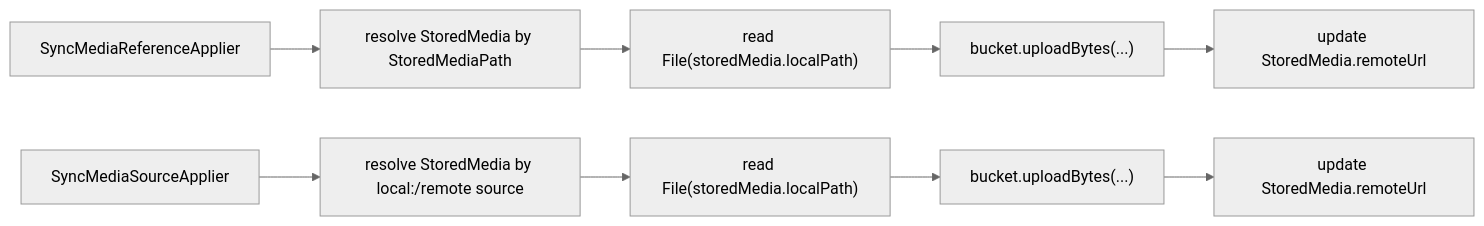
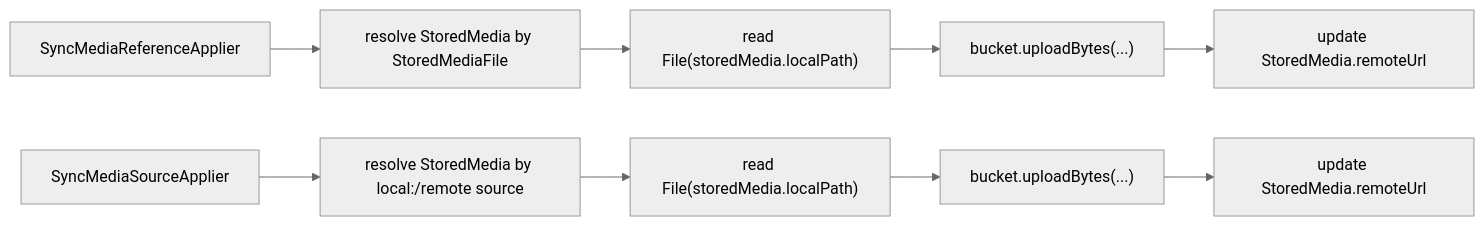
One commit to GuyWithBag/boo_mondai changed the third of 18 diagrams in documentation/refactor/stored_media_sync_refactor_graphs.md. Above: the diagram before and after it, drawn with Mermaid (neutral theme). The commit also changed other lines of this file and 11 other files, not shown here.

````diff
--- a/documentation/refactor/stored_media_sync_refactor_graphs.md
+++ b/documentation/refactor/stored_media_sync_refactor_graphs.md
@@ -90,19 +90,19 @@
 ```mermaid
 flowchart LR
     RefApplier["SyncMediaReferenceApplier"]
     SourceApplier["SyncMediaSourceApplier"]
 
-    RefResolve["resolve StoredMedia by StoredMediaPath"]
+    RefResolve["resolve StoredMedia by StoredMediaFile"]
     SourceResolve["resolve StoredMedia by local:/remote source"]
 
     ReadFile1["read File(storedMedia.localPath)"]
     Upload1["bucket.uploadBytes(...)"]
     Update1["update StoredMedia.remoteUrl"]
 
     ReadFile2["read File(storedMedia.localPath)"]
     Upload2["bucket.uploadBytes(...)"]
     Update2["update StoredMedia.remoteUrl"]
 
     RefApplier --> RefResolve --> ReadFile1 --> Upload1 --> Update1
     SourceApplier --> SourceResolve --> ReadFile2 --> Upload2 --> Update2
 ```
````
